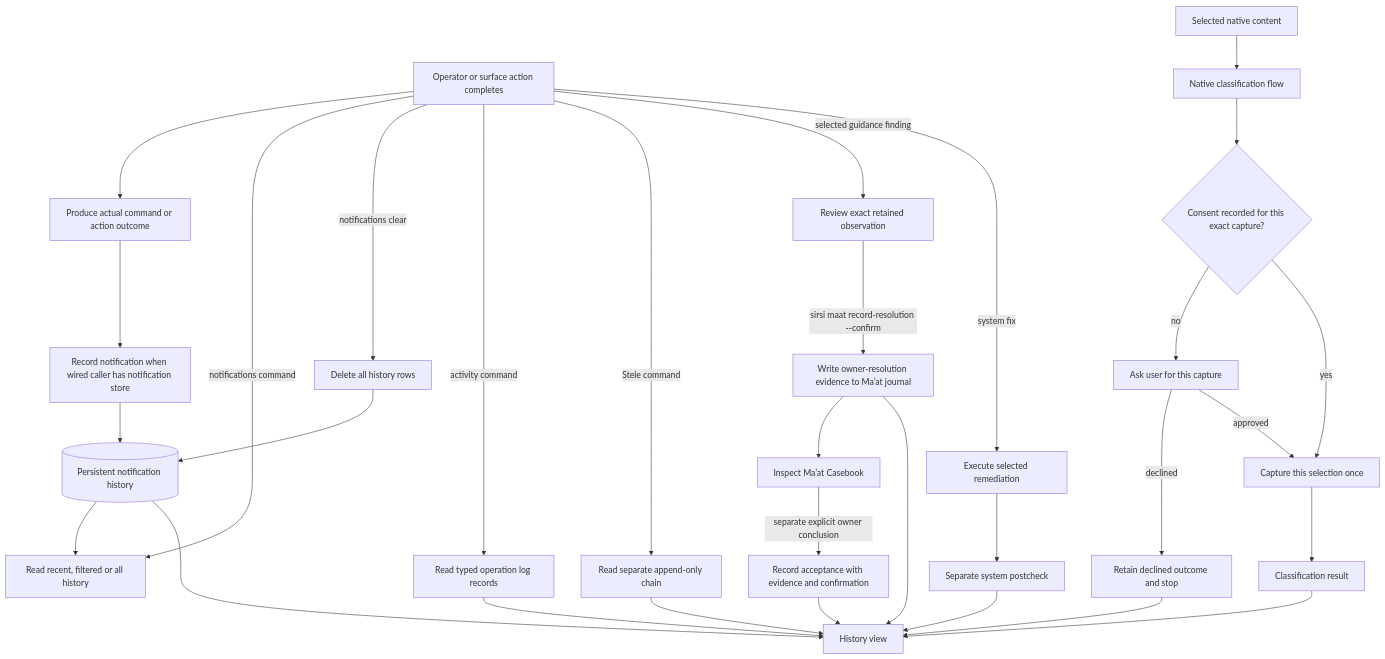
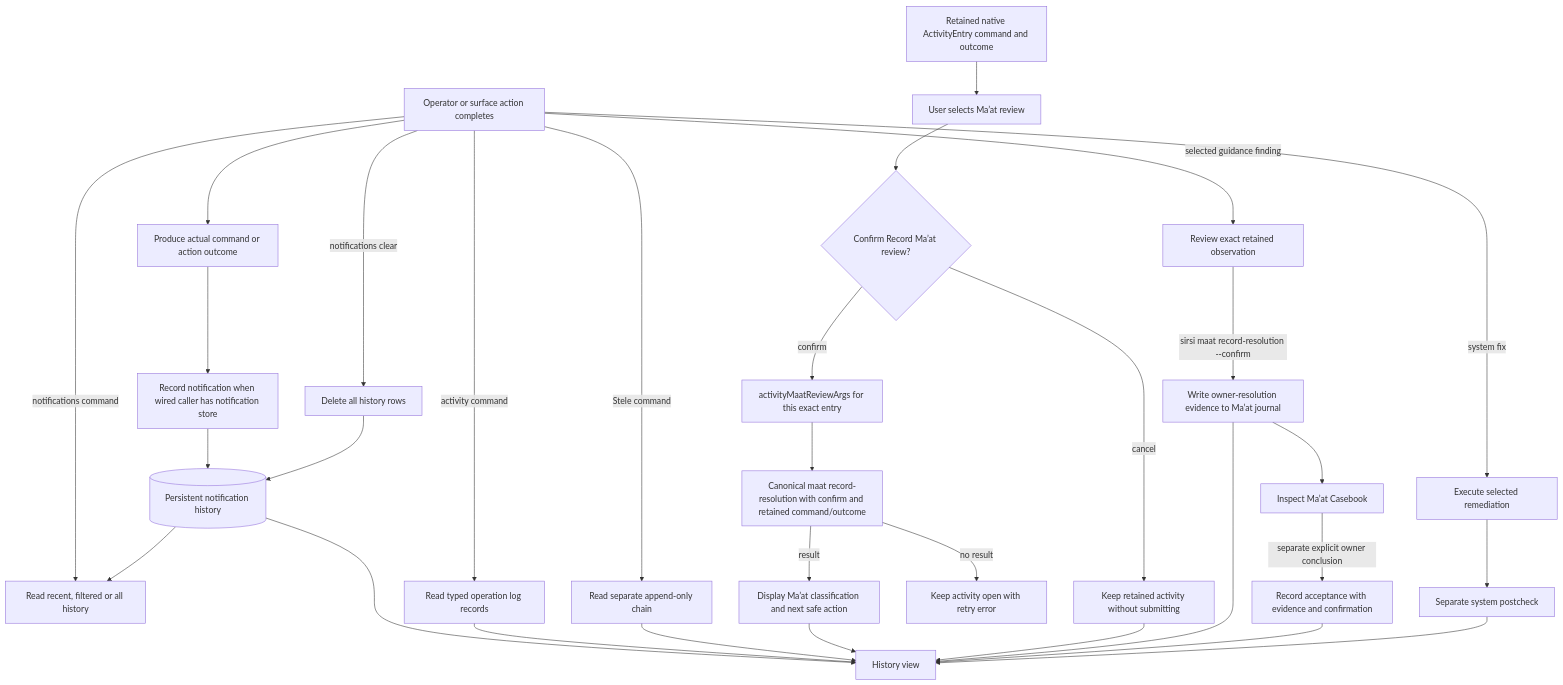
Before and after one commit to SirsiMaster/sirsi-pantheon: diagram 38 of 45 in docs/stacklab/pantheon-pt/canon/DIAGRAMS_PRODUCT_OPERATIONS.md, drawn with Mermaid. The commit also changed other lines of this file, not shown here.

Commit message:
docs(stacklab): preserve exact subflow mutations and concurrent recovery boundaries

````diff
--- a/docs/stacklab/pantheon-pt/canon/DIAGRAMS_PRODUCT_OPERATIONS.md
+++ b/docs/stacklab/pantheon-pt/canon/DIAGRAMS_PRODUCT_OPERATIONS.md
@@ -1046,33 +1109,33 @@
 ```mermaid
 flowchart TD
   OP[Operator or surface action completes] --> OUTCOME[Produce actual command or action outcome]
   OUTCOME --> HISTORY[Record notification when wired caller has notification store]
   HISTORY --> DB[(Persistent notification history)]
   OP -->|notifications command| READ[Read recent, filtered or all history]
   OP -->|notifications clear| CLEAR[Delete all history rows]
   CLEAR --> DB
   DB --> READ
   OP -->|activity command| OREAD[Read typed operation log records]
   OP -->|Stele command| SREAD[Read separate append-only chain]
-  CONTENT[Selected native content] --> CLASS[Native classification flow]
-  CLASS --> CONSENT{Consent recorded for this exact capture?}
-  CONSENT -->|no| ASK[Ask user for this capture]
-  ASK -->|declined| DECLINE[Retain declined outcome and stop]
-  ASK -->|approved| CAPTURE[Capture this selection once]
-  CONSENT -->|yes| CAPTURE
-  CAPTURE --> CLASSIFIED[Classification result]
+  ACTIVITY[Retained native ActivityEntry command and outcome] --> REVIEWBUTTON[User selects Ma’at review]
+  REVIEWBUTTON --> CONSENT{Confirm Record Ma’at review?}
+  CONSENT -->|cancel| DECLINE[Keep retained activity without submitting]
+  CONSENT -->|confirm| ARGUMENTS[activityMaatReviewArgs for this exact entry]
+  ARGUMENTS --> COMMANDRUN[Canonical maat record-resolution with confirm and retained command/outcome]
+  COMMANDRUN -->|result| CLASSIFIED[Display Ma’at classification and next safe action]
+  COMMANDRUN -->|no result| RETRY[Keep activity open with retry error]
   OP -->|selected guidance finding| REVIEW[Review exact retained observation]
   REVIEW -->|sirsi maat record-resolution --confirm| CASEBOOK[Write owner-resolution evidence to Ma’at journal]
   CASEBOOK --> INSPECT[Inspect Ma’at Casebook]
   INSPECT -->|separate explicit owner conclusion| ACCEPT[Record acceptance with evidence and confirmation]
   OP -->|system fix| FIX[Execute selected remediation]
   FIX --> POST[Separate system postcheck]
   DB --> VIEW[History view]
   OREAD --> VIEW
   SREAD --> VIEW
   CLASSIFIED --> VIEW
   DECLINE --> VIEW
   CASEBOOK --> VIEW
   ACCEPT --> VIEW
   POST --> VIEW
 ```
````
